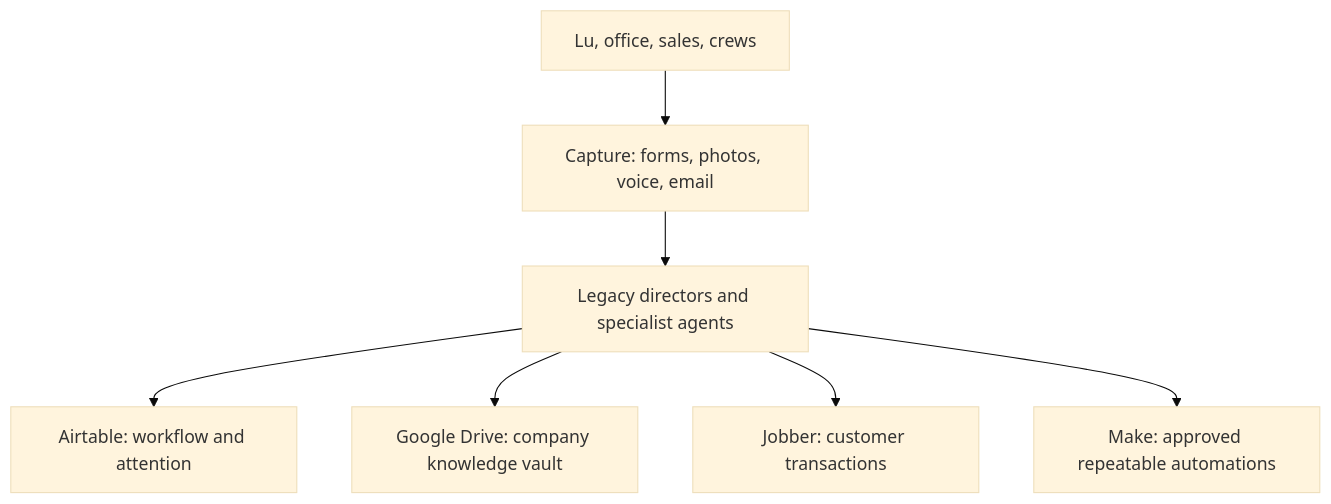
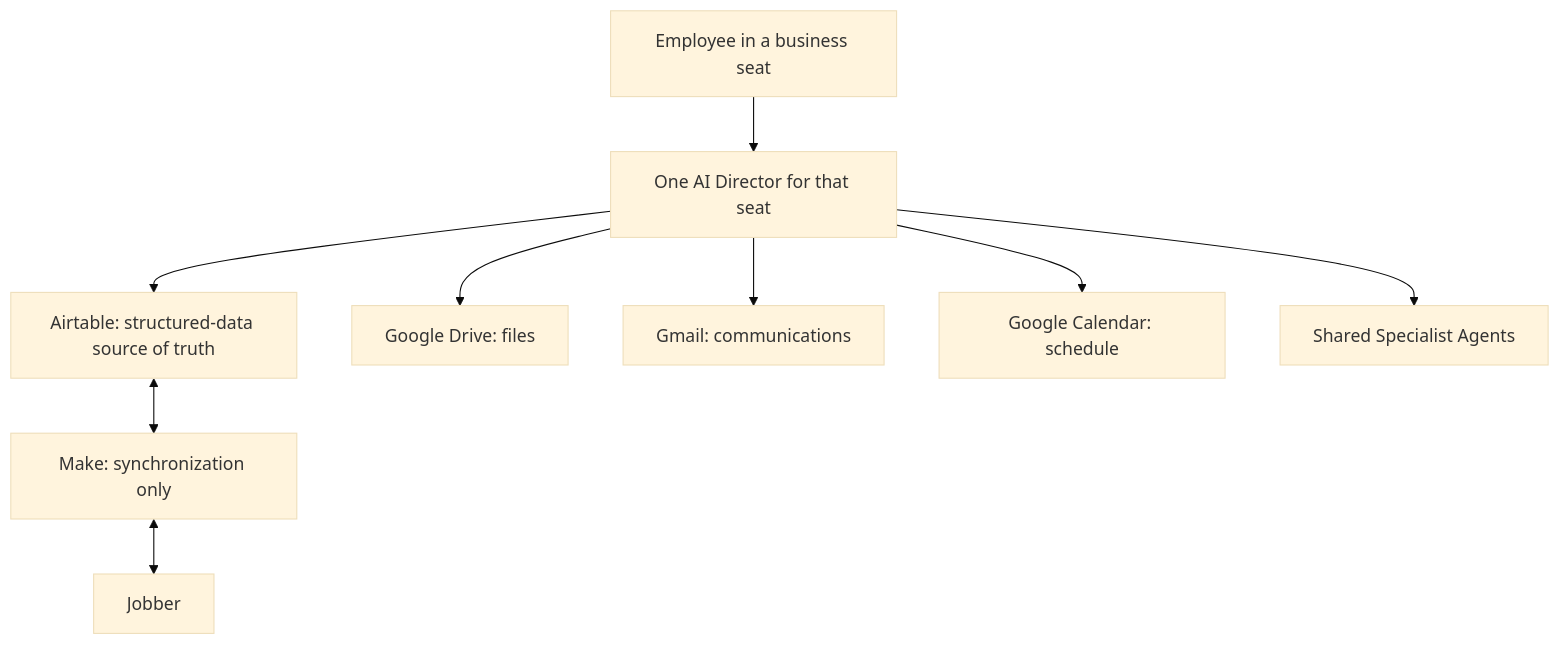
Before and after one commit to legacy-ux/legacy-hub: the diagram in docs/ARCHITECTURE.md, drawn with Mermaid (base theme). The commit also changed other lines of this file, not shown here.

Commit message:
Document seat-based Legacy architecture

````diff
--- a/docs/ARCHITECTURE.md
+++ b/docs/ARCHITECTURE.md
@@ -7,9 +7,11 @@
 ```mermaid
 flowchart TB
-    People["Lu, office, sales, crews"] --> Capture["Capture: forms, photos, voice, email"]
-    Capture --> Directors["Legacy directors and specialist agents"]
-    Directors --> Airtable["Airtable: workflow and attention"]
-    Directors --> Drive["Google Drive: company knowledge vault"]
-    Directors --> Jobber["Jobber: customer transactions"]
-    Directors --> Make["Make: approved repeatable automations"]
+    Employee["Employee in a business seat"] --> Director["One AI Director for that seat"]
+    Director --> Airtable["Airtable: structured-data source of truth"]
+    Director --> Drive["Google Drive: files"]
+    Director --> Gmail["Gmail: communications"]
+    Director --> Calendar["Google Calendar: schedule"]
+    Director --> Specialists["Shared Specialist Agents"]
+    Airtable <--> Make["Make: synchronization only"]
+    Make <--> Jobber["Jobber"]
 ```
````
